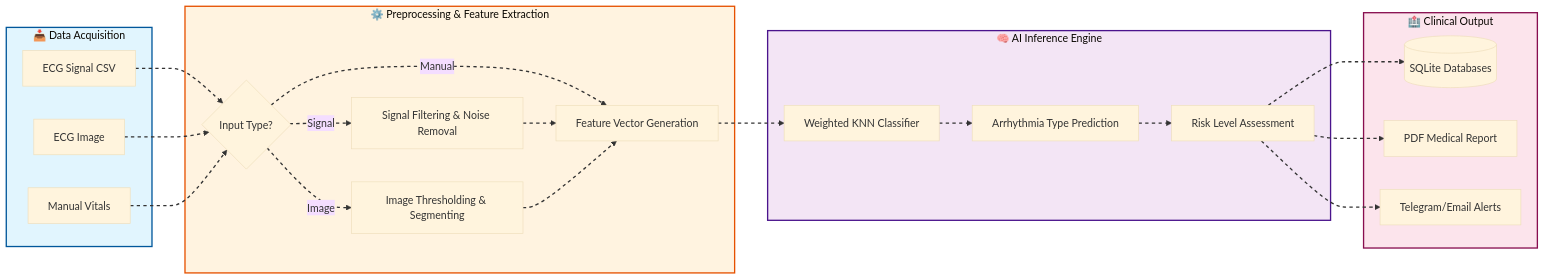
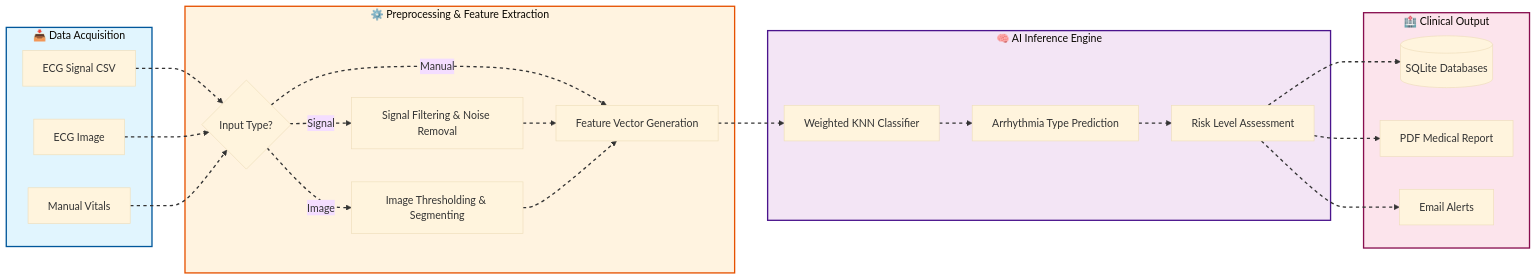
Before and after one commit to Jaideep193/Cardiac_Arrhythmia_Detection_And_Classification: the first of 2 diagrams in README.md, drawn with Mermaid (base theme). The commit also changed other lines of this file, not shown here.

````diff
--- a/README.md
+++ b/README.md
@@ -50,42 +50,42 @@
 ```mermaid
 graph LR
     subgraph Data_Acquisition ["📥 Data Acquisition"]
         A[ECG Signal CSV]
         B[ECG Image]
         C[Manual Vitals]
     end
 
     subgraph Preprocessing ["⚙️ Preprocessing & Feature Extraction"]
         D{Input Type?}
         E[Signal Filtering & Noise Removal]
         F[Image Thresholding & Segmenting]
         G[Feature Vector Generation]
     end
 
     subgraph AI_Engine ["🧠 AI Inference Engine"]
         H[Weighted KNN Classifier]
         I[Arrhythmia Type Prediction]
         J[Risk Level Assessment]
     end
 
     subgraph Clinical_Output ["🏥 Clinical Output"]
         K[(SQLite Databases)]
         L[PDF Medical Report]
-        M[Telegram/Email Alerts]
+        M[Email Alerts]
     end
 
     A & B & C -.-> D
     D -.->|Signal| E
     D -.->|Image| F
     D -.->|Manual| G
     E & F -.-> G
     G -.-> H
     H -.-> I -.-> J
     J -.-> K & L & M
 
     linkStyle default stroke:#333,stroke-width:2px,stroke-dasharray: 5;
     style Data_Acquisition fill:#e1f5fe,stroke:#01579b,stroke-width:2px
     style Preprocessing fill:#fff3e0,stroke:#e65100,stroke-width:2px
     style AI_Engine fill:#f3e5f5,stroke:#4a148c,stroke-width:2px
     style Clinical_Output fill:#fce4ec,stroke:#880e4f,stroke-width:2px
 ```
````
